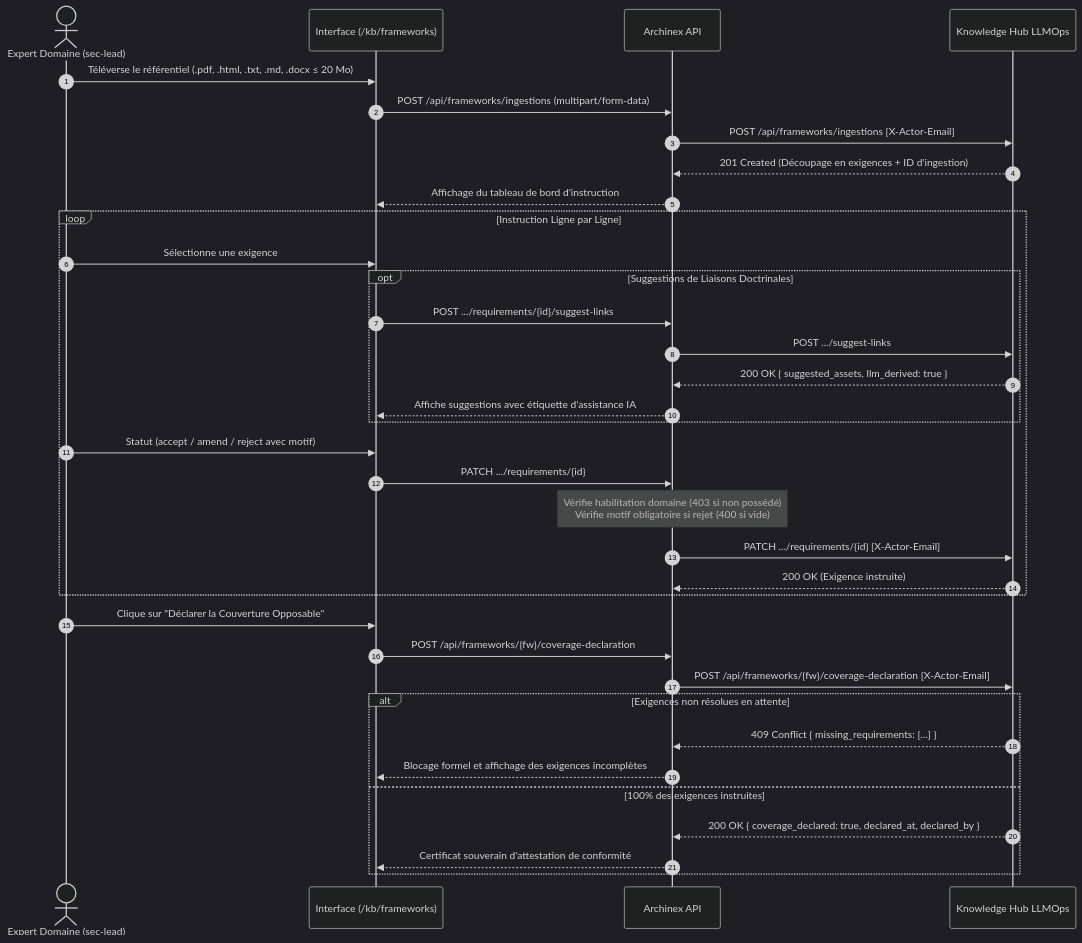
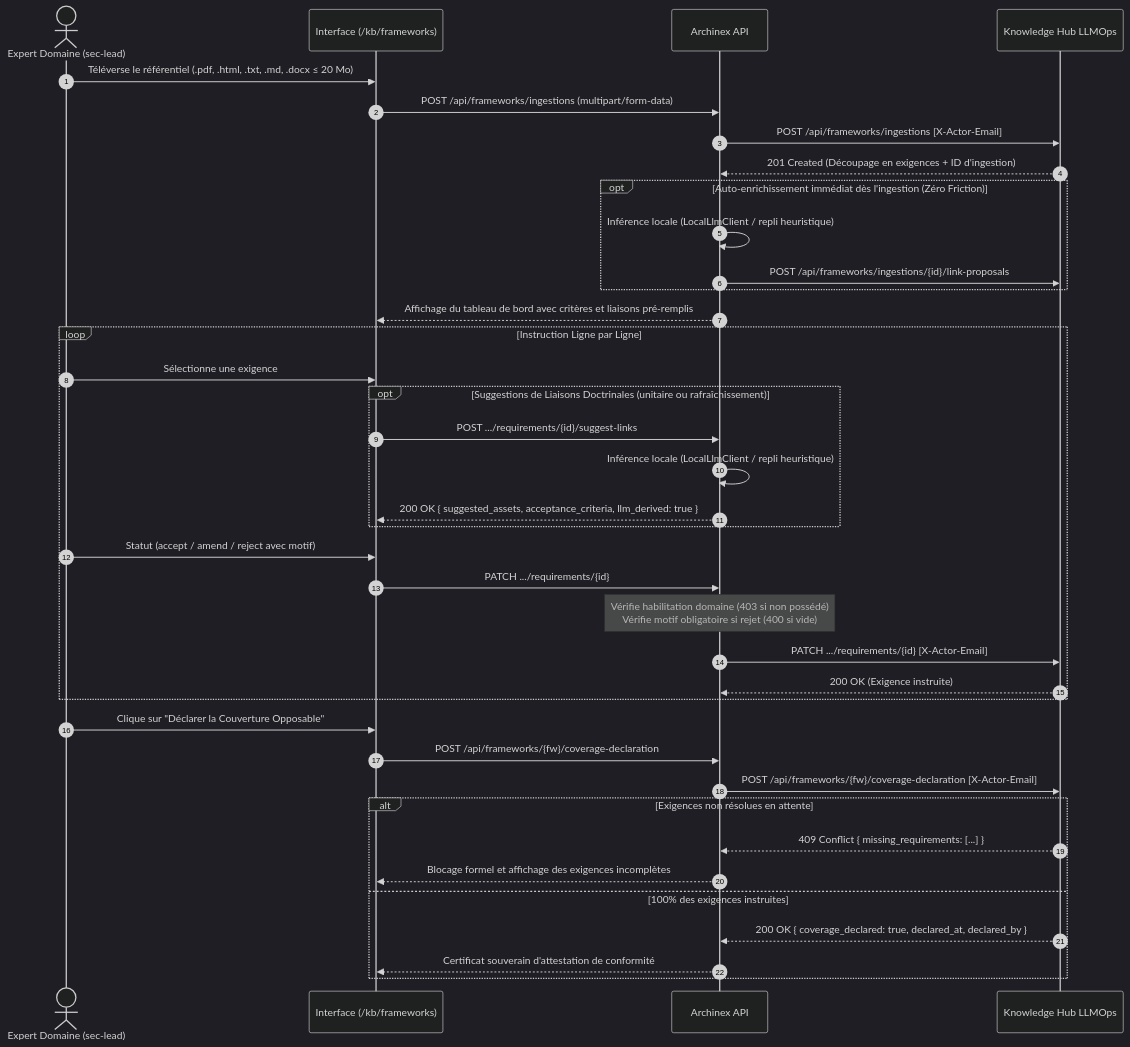
One commit to MauriceIsrael/archinex changed the sixth of 8 diagrams in ARCHITECTURE.md. Above: the diagram before and after it, drawn with Mermaid (dark theme). The commit also changed 8 other files, not shown here.

First line of the commit message:
feat(frameworks): auto-enrichissement IA post-ingestion et suggestions locales souveraines (#93, #99)

````diff
--- a/ARCHITECTURE.md
+++ b/ARCHITECTURE.md
@@ -288,40 +288,43 @@
 ```mermaid
 sequenceDiagram
     autonumber
     actor Expert as Expert Domaine (sec-lead)
     participant UI as Interface (/kb/frameworks)
     participant Archinex as Archinex API
     participant LLMOps as Knowledge Hub LLMOps
 
     Expert->>UI: Téléverse le référentiel (.pdf, .html, .txt, .md, .docx ≤ 20 Mo)
     UI->>Archinex: POST /api/frameworks/ingestions (multipart/form-data)
     Archinex->>LLMOps: POST /api/frameworks/ingestions [X-Actor-Email]
     LLMOps-->>Archinex: 201 Created (Découpage en exigences + ID d'ingestion)
-    Archinex-->>UI: Affichage du tableau de bord d'instruction
+    opt Auto-enrichissement immédiat dès l'ingestion (Zéro Friction)
+        Archinex->>Archinex: Inférence locale (LocalLlmClient / repli heuristique)
+        Archinex->>LLMOps: POST /api/frameworks/ingestions/{id}/link-proposals
+    end
+    Archinex-->>UI: Affichage du tableau de bord avec critères et liaisons pré-remplis
 
     loop Instruction Ligne par Ligne
         Expert->>UI: Sélectionne une exigence
-        opt Suggestions de Liaisons Doctrinales
+        opt Suggestions de Liaisons Doctrinales (unitaire ou rafraîchissement)
             UI->>Archinex: POST .../requirements/{id}/suggest-links
-            Archinex->>LLMOps: POST .../suggest-links
-            LLMOps-->>Archinex: 200 OK { suggested_assets, llm_derived: true }
-            Archinex-->>UI: Affiche suggestions avec étiquette d'assistance IA
+            Archinex->>Archinex: Inférence locale (LocalLlmClient / repli heuristique)
+            Archinex-->>UI: 200 OK { suggested_assets, acceptance_criteria, llm_derived: true }
         end
         Expert->>UI: Statut (accept / amend / reject avec motif)
         UI->>Archinex: PATCH .../requirements/{id}
         Note over Archinex: Vérifie habilitation domaine (403 si non possédé)<br/>Vérifie motif obligatoire si rejet (400 si vide)
         Archinex->>LLMOps: PATCH .../requirements/{id} [X-Actor-Email]
         LLMOps-->>Archinex: 200 OK (Exigence instruite)
     end
 
     Expert->>UI: Clique sur "Déclarer la Couverture Opposable"
     UI->>Archinex: POST /api/frameworks/{fw}/coverage-declaration
     Archinex->>LLMOps: POST /api/frameworks/{fw}/coverage-declaration [X-Actor-Email]
     alt Exigences non résolues en attente
         LLMOps-->>Archinex: 409 Conflict { missing_requirements: [...] }
         Archinex-->>UI: Blocage formel et affichage des exigences incomplètes
     else 100% des exigences instruites
         LLMOps-->>Archinex: 200 OK { coverage_declared: true, declared_at, declared_by }
         Archinex-->>UI: Certificat souverain d'attestation de conformité
     end
 ```
````
